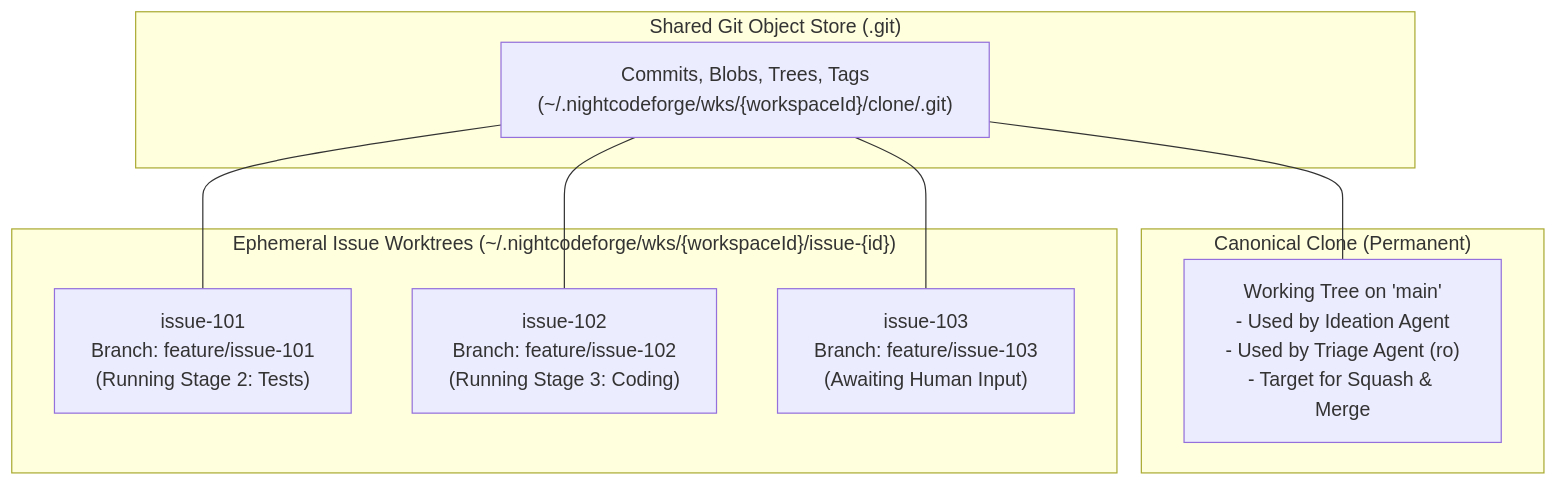
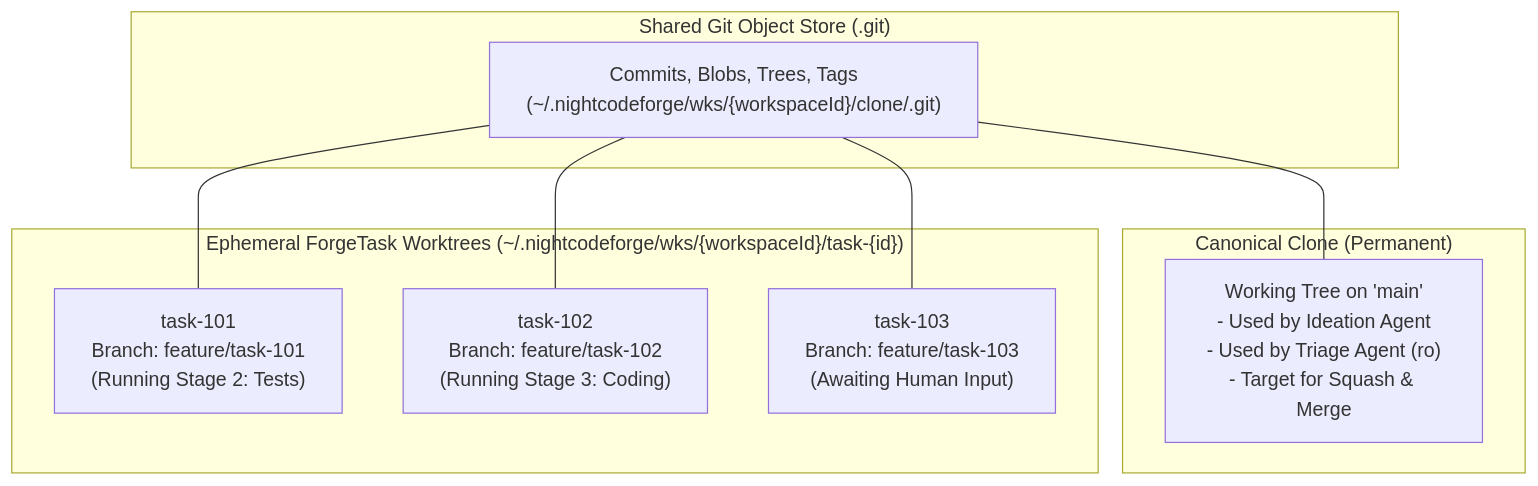
One commit to jetelain/NightCodeForge changed diagram 12 of 22 in docs/ARCHITECTURE.md. Above: the diagram before and after it, drawn with Mermaid. The commit also changed other lines of this file and 151 other files, not shown here.

Commit message:
Issue -> Task

````diff
--- a/docs/ARCHITECTURE.md
+++ b/docs/ARCHITECTURE.md
@@ -817,21 +817,21 @@
 ```mermaid
 flowchart TD
     subgraph ObjectDB ["Shared Git Object Store (.git)"]
         GitObjects["Commits, Blobs, Trees, Tags\n(~/.nightcodeforge/wks/{workspaceId}/clone/.git)"]
     end
 
     subgraph CanonicalClone ["Canonical Clone (Permanent)"]
         MainTree["Working Tree on 'main'\n- Used by Ideation Agent\n- Used by Triage Agent (ro)\n- Target for Squash & Merge"]
     end
 
-    subgraph Worktrees ["Ephemeral Issue Worktrees (~/.nightcodeforge/wks/{workspaceId}/issue-{id})"]
-        WT101["issue-101\nBranch: feature/issue-101\n(Running Stage 2: Tests)"]
-        WT102["issue-102\nBranch: feature/issue-102\n(Running Stage 3: Coding)"]
-        WT103["issue-103\nBranch: feature/issue-103\n(Awaiting Human Input)"]
+    subgraph Worktrees ["Ephemeral ForgeTask Worktrees (~/.nightcodeforge/wks/{workspaceId}/task-{id})"]
+        WT101["task-101\nBranch: feature/task-101\n(Running Stage 2: Tests)"]
+        WT102["task-102\nBranch: feature/task-102\n(Running Stage 3: Coding)"]
+        WT103["task-103\nBranch: feature/task-103\n(Awaiting Human Input)"]
     end
 
     GitObjects --- MainTree
     GitObjects --- WT101
     GitObjects --- WT102
     GitObjects --- WT103
 ```
````
